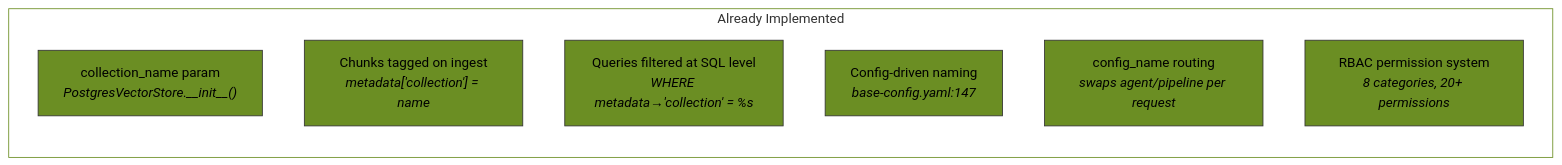
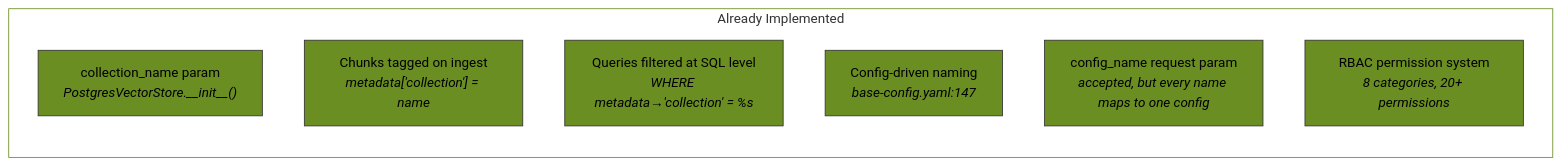
Before and after one commit to fasrc/archi: the first of 5 diagrams in docs/docs/proposals/multi-collection-routing.md, drawn with Mermaid. The commit also changed other lines of this file, not shown here.

````diff
--- a/docs/docs/proposals/multi-collection-routing.md
+++ b/docs/docs/proposals/multi-collection-routing.md
@@ -33,16 +33,16 @@
 ```mermaid
 graph LR
     subgraph existing["Already Implemented"]
         direction TB
         E1["collection_name param<br/><i>PostgresVectorStore.__init__()</i>"]:::done
         E2["Chunks tagged on ingest<br/><i>metadata['collection'] = name</i>"]:::done
         E3["Queries filtered at SQL level<br/><i>WHERE metadata→'collection' = %s</i>"]:::done
         E4["Config-driven naming<br/><i>base-config.yaml:147</i>"]:::done
-        E5["config_name routing<br/><i>swaps agent/pipeline per request</i>"]:::done
+        E5["config_name request param<br/><i>accepted, but every name maps to one config</i>"]:::done
         E6["RBAC permission system<br/><i>8 categories, 20+ permissions</i>"]:::done
     end
 
     style existing fill:none,stroke:#6b8e23
 
     classDef done fill:#6b8e23,stroke:#333,color:#000
 ```
````
